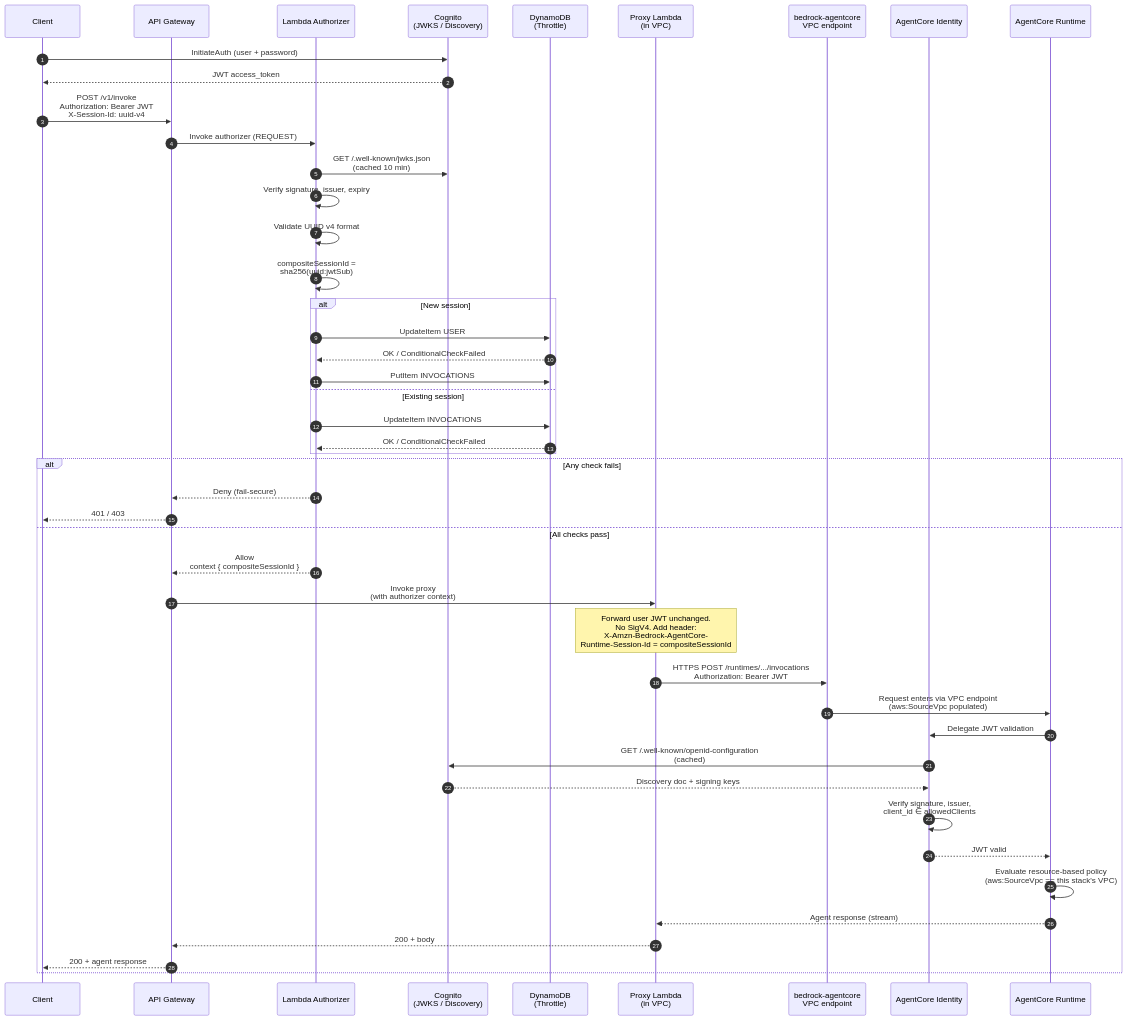
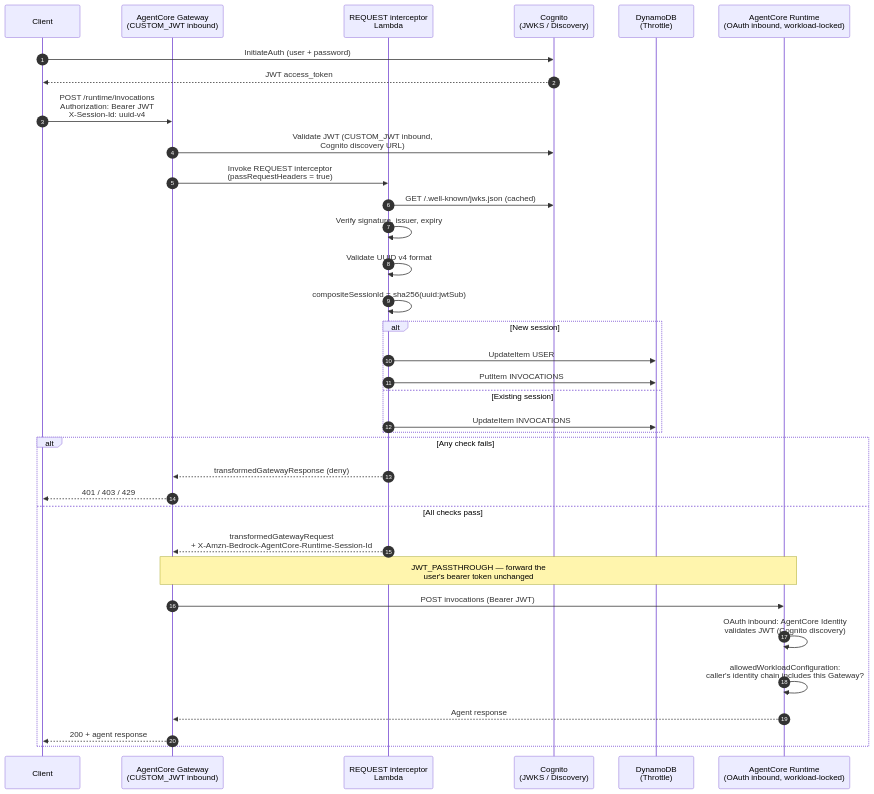
The diagram in README.md (aws-samples/sample-expose-agentcore-via-api-gateway), drawn with Mermaid before and after one commit. The commit also changed other lines of this file and 13 other files, not shown here.

Commit message:
Replace APIGateway by AgentCore Gateway - JWT forwarding with stamping not working

````diff
--- a/README.md
+++ b/README.md
@@ -13,52 +17,42 @@
 ```mermaid
 sequenceDiagram
     autonumber
     participant C as Client
-    participant G as API Gateway
-    participant A as Lambda Authorizer
+    participant G as AgentCore Gateway<br/>(CUSTOM_JWT inbound)
+    participant I as REQUEST interceptor<br/>Lambda
     participant K as Cognito<br/>(JWKS / Discovery)
     participant D as DynamoDB<br/>(Throttle)
-    participant P as Proxy Lambda<br/>(in VPC)
-    participant V as bedrock-agentcore<br/>VPC endpoint
-    participant I as AgentCore Identity
-    participant R as AgentCore Runtime
+    participant R as AgentCore Runtime<br/>(OAuth inbound, workload-locked)
 
     C->>K: InitiateAuth (user + password)
     K-->>C: JWT access_token
-    C->>G: POST /v1/invoke<br/>Authorization: Bearer JWT<br/>X-Session-Id: uuid-v4
-    G->>A: Invoke authorizer (REQUEST)
+    C->>G: POST /runtime/invocations<br/>Authorization: Bearer JWT<br/>X-Session-Id: uuid-v4
 
-    A->>K: GET /.well-known/jwks.json<br/>(cached 10 min)
-    A->>A: Verify signature, issuer, expiry
-    A->>A: Validate UUID v4 format
-    A->>A: compositeSessionId =<br/>sha256(uuid:jwtSub)
+    G->>K: Validate JWT (CUSTOM_JWT inbound,<br/>Cognito discovery URL)
+    G->>I: Invoke REQUEST interceptor<br/>(passRequestHeaders = true)
+
+    I->>K: GET /.well-known/jwks.json (cached)
+    I->>I: Verify signature, issuer, expiry
+    I->>I: Validate UUID v4 format
+    I->>I: compositeSessionId = sha256(uuid:jwtSub)
 
     alt New session
-        A->>D: UpdateItem USER#sub<br/>condition: sessionCount < MAX
-        D-->>A: OK / ConditionalCheckFailed
-        A->>D: PutItem INVOCATIONS#hash<br/>counter = 1
+        I->>D: UpdateItem USER#sub<br/>condition: sessionCount < MAX
+        I->>D: PutItem INVOCATIONS#hash counter=1
     else Existing session
-        A->>D: UpdateItem INVOCATIONS#hash<br/>condition: invocationCount < MAX
-        D-->>A: OK / ConditionalCheckFailed
+        I->>D: UpdateItem INVOCATIONS#hash<br/>condition: invocationCount < MAX
     end
 
     alt Any check fails
-        A-->>G: Deny (fail-secure)
-        G-->>C: 401 / 403
+        I-->>G: transformedGatewayResponse (deny)
+        G-->>C: 401 / 403 / 429
     else All checks pass
-        A-->>G: Allow<br/>context { compositeSessionId }
-        G->>P: Invoke proxy<br/>(with authorizer context)
-        Note over P: Forward user JWT unchanged.<br/>No SigV4. Add header:<br/>X-Amzn-Bedrock-AgentCore-<br/>Runtime-Session-Id = compositeSessionId
-        P->>V: HTTPS POST /runtimes/.../invocations<br/>Authorization: Bearer JWT
-        V->>R: Request enters via VPC endpoint<br/>(aws:SourceVpc populated)
-        R->>I: Delegate JWT validation
-        I->>K: GET /.well-known/openid-configuration<br/>(cached)
-        K-->>I: Discovery doc + signing keys
-        I->>I: Verify signature, issuer,<br/>client_id ∈ allowedClients
-        I-->>R: JWT valid
-        R->>R: Evaluate resource-based policy<br/>(aws:SourceVpc == this stack's VPC)
-        R-->>P: Agent response (stream)
-        P-->>G: 200 + body
+        I-->>G: transformedGatewayRequest<br/>+ X-Amzn-Bedrock-AgentCore-Runtime-Session-Id
+        Note over G,R: JWT_PASSTHROUGH — forward the<br/>user's bearer token unchanged
+        G->>R: POST invocations (Bearer JWT)
+        R->>R: OAuth inbound: AgentCore Identity<br/>validates JWT (Cognito discovery)
+        R->>R: allowedWorkloadConfiguration:<br/>caller's identity chain includes this Gateway?
+        R-->>G: Agent response
         G-->>C: 200 + agent response
     end
 ```
````
